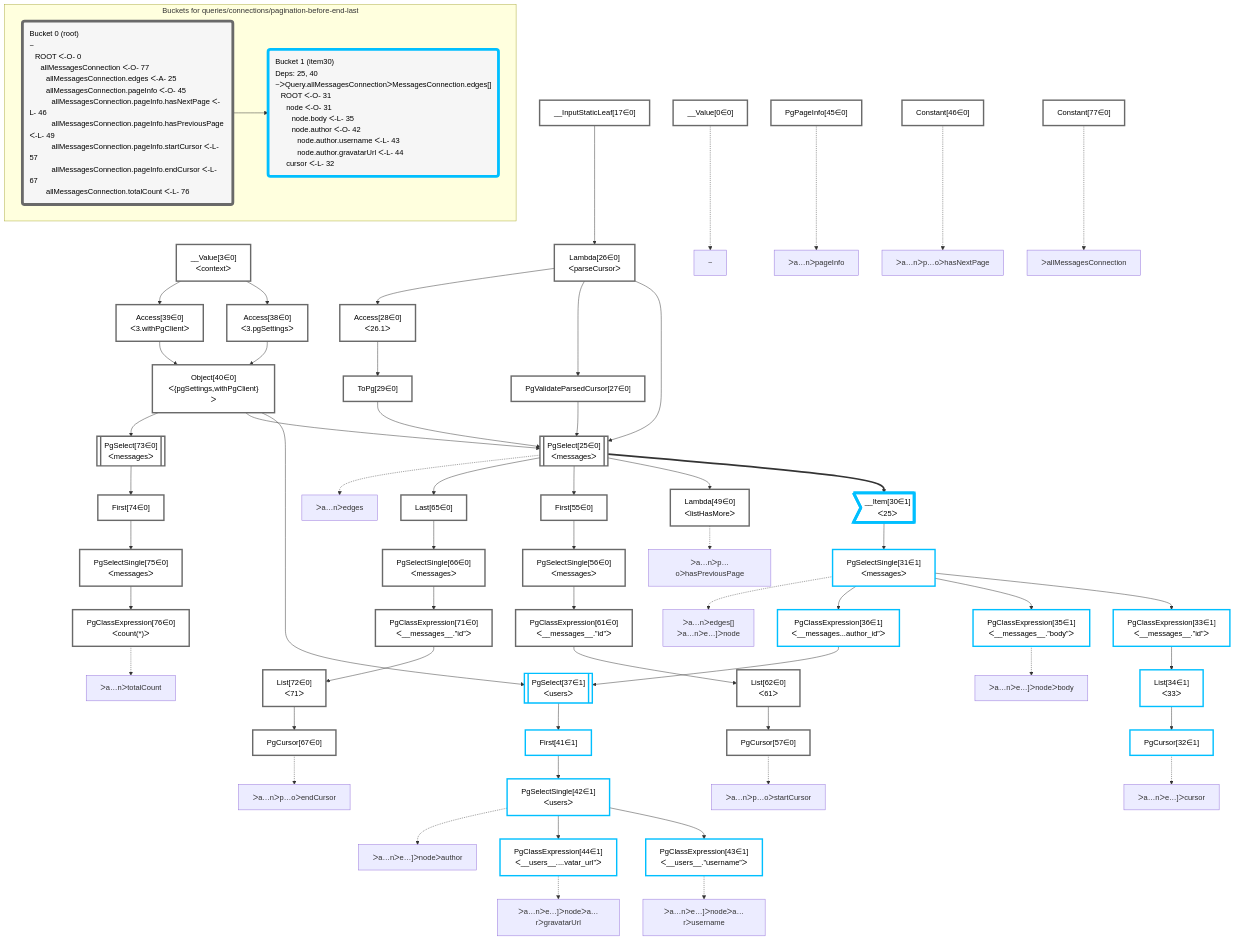
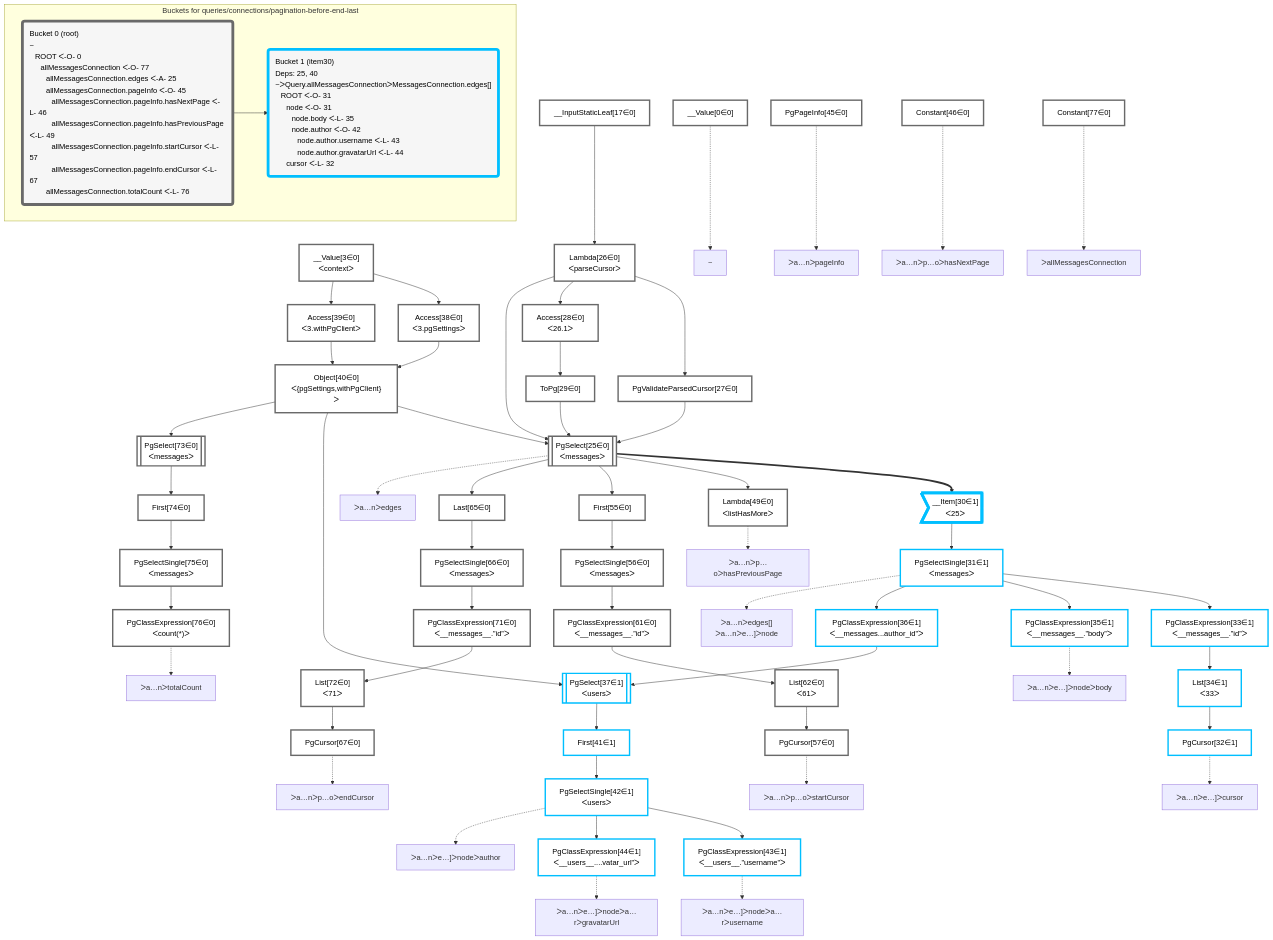
The diagram in packages/dataplan-pg/__tests__/queries/connections/pagination-before-end-last.deopt.mermaid.md (graphile/crystal), drawn with Mermaid before and after one commit. The commit also changed other lines of this file and 195 other files, not shown here.

Commit message:
Reorder graphs

```diff
--- a/packages/dataplan-pg/__tests__/queries/connections/pagination-before-end-last.deopt.mermaid.md
+++ b/packages/dataplan-pg/__tests__/queries/connections/pagination-before-end-last.deopt.mermaid.md
@@ -9,83 +9,83 @@
 
     %% define plans
     __Value0["__Value[0∈0]"]:::plan
+    __Value3["__Value[3∈0]<br />ᐸcontextᐳ"]:::plan
+    __InputStaticLeaf17["__InputStaticLeaf[17∈0]"]:::plan
+    Access38["Access[38∈0]<br />ᐸ3.pgSettingsᐳ"]:::plan
+    Access39["Access[39∈0]<br />ᐸ3.withPgClientᐳ"]:::plan
+    Object40["Object[40∈0]<br />ᐸ{pgSettings,withPgClient}ᐳ"]:::plan
+    Constant77["Constant[77∈0]"]:::plan
+    Lambda26["Lambda[26∈0]<br />ᐸparseCursorᐳ"]:::plan
+    PgValidateParsedCursor27["PgValidateParsedCursor[27∈0]"]:::plan
+    Access28["Access[28∈0]<br />ᐸ26.1ᐳ"]:::plan
+    ToPg29["ToPg[29∈0]"]:::plan
+    PgSelect25[["PgSelect[25∈0]<br />ᐸmessagesᐳ"]]:::plan
+    __Item30>"__Item[30∈1]<br />ᐸ25ᐳ"]:::itemplan
+    PgSelectSingle31["PgSelectSingle[31∈1]<br />ᐸmessagesᐳ"]:::plan
+    PgClassExpression33["PgClassExpression[33∈1]<br />ᐸ__messages__.”id”ᐳ"]:::plan
+    List34["List[34∈1]<br />ᐸ33ᐳ"]:::plan
     PgCursor32["PgCursor[32∈1]"]:::plan
-    List34["List[34∈1]<br />ᐸ33ᐳ"]:::plan
-    PgClassExpression33["PgClassExpression[33∈1]<br />ᐸ__messages__.”id”ᐳ"]:::plan
     PgClassExpression35["PgClassExpression[35∈1]<br />ᐸ__messages__.”body”ᐳ"]:::plan
+    PgClassExpression36["PgClassExpression[36∈1]<br />ᐸ__messages...author_id”ᐳ"]:::plan
+    PgSelect37[["PgSelect[37∈1]<br />ᐸusersᐳ"]]:::plan
+    First41["First[41∈1]"]:::plan
+    PgSelectSingle42["PgSelectSingle[42∈1]<br />ᐸusersᐳ"]:::plan
     PgClassExpression43["PgClassExpression[43∈1]<br />ᐸ__users__.”username”ᐳ"]:::plan
     PgClassExpression44["PgClassExpression[44∈1]<br />ᐸ__users__....vatar_url”ᐳ"]:::plan
-    PgSelectSingle42["PgSelectSingle[42∈1]<br />ᐸusersᐳ"]:::plan
-    First41["First[41∈1]"]:::plan
-    PgSelect37[["PgSelect[37∈1]<br />ᐸusersᐳ"]]:::plan
-    PgClassExpression36["PgClassExpression[36∈1]<br />ᐸ__messages...author_id”ᐳ"]:::plan
-    PgSelectSingle31["PgSelectSingle[31∈1]<br />ᐸmessagesᐳ"]:::plan
-    __Item30>"__Item[30∈1]<br />ᐸ25ᐳ"]:::itemplan
-    Lambda49["Lambda[49∈0]<br />ᐸlistHasMoreᐳ"]:::plan
-    PgCursor57["PgCursor[57∈0]"]:::plan
-    List62["List[62∈0]<br />ᐸ61ᐳ"]:::plan
-    PgClassExpression61["PgClassExpression[61∈0]<br />ᐸ__messages__.”id”ᐳ"]:::plan
-    PgSelectSingle56["PgSelectSingle[56∈0]<br />ᐸmessagesᐳ"]:::plan
-    First55["First[55∈0]"]:::plan
-    PgCursor67["PgCursor[67∈0]"]:::plan
-    List72["List[72∈0]<br />ᐸ71ᐳ"]:::plan
-    PgClassExpression71["PgClassExpression[71∈0]<br />ᐸ__messages__.”id”ᐳ"]:::plan
-    PgSelectSingle66["PgSelectSingle[66∈0]<br />ᐸmessagesᐳ"]:::plan
-    Last65["Last[65∈0]"]:::plan
-    PgSelect25[["PgSelect[25∈0]<br />ᐸmessagesᐳ"]]:::plan
-    PgClassExpression76["PgClassExpression[76∈0]<br />ᐸcount(*)ᐳ"]:::plan
-    PgSelectSingle75["PgSelectSingle[75∈0]<br />ᐸmessagesᐳ"]:::plan
-    First74["First[74∈0]"]:::plan
-    PgSelect73[["PgSelect[73∈0]<br />ᐸmessagesᐳ"]]:::plan
-    Object40["Object[40∈0]<br />ᐸ{pgSettings,withPgClient}ᐳ"]:::plan
-    Access38["Access[38∈0]<br />ᐸ3.pgSettingsᐳ"]:::plan
-    Access39["Access[39∈0]<br />ᐸ3.withPgClientᐳ"]:::plan
-    __Value3["__Value[3∈0]<br />ᐸcontextᐳ"]:::plan
-    PgValidateParsedCursor27["PgValidateParsedCursor[27∈0]"]:::plan
-    ToPg29["ToPg[29∈0]"]:::plan
-    Access28["Access[28∈0]<br />ᐸ26.1ᐳ"]:::plan
-    Lambda26["Lambda[26∈0]<br />ᐸparseCursorᐳ"]:::plan
-    __InputStaticLeaf17["__InputStaticLeaf[17∈0]"]:::plan
-    Constant77["Constant[77∈0]"]:::plan
     PgPageInfo45["PgPageInfo[45∈0]"]:::plan
     Constant46["Constant[46∈0]"]:::plan
+    Lambda49["Lambda[49∈0]<br />ᐸlistHasMoreᐳ"]:::plan
+    First55["First[55∈0]"]:::plan
+    PgSelectSingle56["PgSelectSingle[56∈0]<br />ᐸmessagesᐳ"]:::plan
+    PgClassExpression61["PgClassExpression[61∈0]<br />ᐸ__messages__.”id”ᐳ"]:::plan
+    List62["List[62∈0]<br />ᐸ61ᐳ"]:::plan
+    PgCursor57["PgCursor[57∈0]"]:::plan
+    Last65["Last[65∈0]"]:::plan
+    PgSelectSingle66["PgSelectSingle[66∈0]<br />ᐸmessagesᐳ"]:::plan
+    PgClassExpression71["PgClassExpression[71∈0]<br />ᐸ__messages__.”id”ᐳ"]:::plan
+    List72["List[72∈0]<br />ᐸ71ᐳ"]:::plan
+    PgCursor67["PgCursor[67∈0]"]:::plan
+    PgSelect73[["PgSelect[73∈0]<br />ᐸmessagesᐳ"]]:::plan
+    First74["First[74∈0]"]:::plan
+    PgSelectSingle75["PgSelectSingle[75∈0]<br />ᐸmessagesᐳ"]:::plan
+    PgClassExpression76["PgClassExpression[76∈0]<br />ᐸcount(*)ᐳ"]:::plan
 
     %% plan dependencies
+    __Value3 --> Access38
+    __Value3 --> Access39
+    Access38 & Access39 --> Object40
+    __InputStaticLeaf17 --> Lambda26
+    Lambda26 --> PgValidateParsedCursor27
+    Lambda26 --> Access28
+    Access28 --> ToPg29
+    Object40 & Lambda26 & PgValidateParsedCursor27 & ToPg29 --> PgSelect25
+    PgSelect25 ==> __Item30
+    __Item30 --> PgSelectSingle31
+    PgSelectSingle31 --> PgClassExpression33
+    PgClassExpression33 --> List34
     List34 --> PgCursor32
-    PgClassExpression33 --> List34
-    PgSelectSingle31 --> PgClassExpression33
     PgSelectSingle31 --> PgClassExpression35
+    PgSelectSingle31 --> PgClassExpression36
+    Object40 & PgClassExpression36 --> PgSelect37
+    PgSelect37 --> First41
+    First41 --> PgSelectSingle42
     PgSelectSingle42 --> PgClassExpression43
     PgSelectSingle42 --> PgClassExpression44
-    First41 --> PgSelectSingle42
-    PgSelect37 --> First41
-    Object40 & PgClassExpression36 --> PgSelect37
-    PgSelectSingle31 --> PgClassExpression36
-    __Item30 --> PgSelectSingle31
-    PgSelect25 ==> __Item30
     PgSelect25 --> Lambda49
+    PgSelect25 --> First55
+    First55 --> PgSelectSingle56
+    PgSelectSingle56 --> PgClassExpression61
+    PgClassExpression61 --> List62
     List62 --> PgCursor57
-    PgClassExpression61 --> List62
-    PgSelectSingle56 --> PgClassExpression61
-    First55 --> PgSelectSingle56
-    PgSelect25 --> First55
+    PgSelect25 --> Last65
+    Last65 --> PgSelectSingle66
+    PgSelectSingle66 --> PgClassExpression71
+    PgClassExpression71 --> List72
     List72 --> PgCursor67
-    PgClassExpression71 --> List72
-    PgSelectSingle66 --> PgClassExpression71
-    Last65 --> PgSelectSingle66
-    PgSelect25 --> Last65
-    Object40 & Lambda26 & PgValidateParsedCursor27 & ToPg29 --> PgSelect25
+    Object40 --> PgSelect73
+    PgSelect73 --> First74
+    First74 --> PgSelectSingle75
     PgSelectSingle75 --> PgClassExpression76
-    First74 --> PgSelectSingle75
-    PgSelect73 --> First74
-    Object40 --> PgSelect73
-    Access38 & Access39 --> Object40
-    __Value3 --> Access38
-    __Value3 --> Access39
-    Lambda26 --> PgValidateParsedCursor27
-    Access28 --> ToPg29
-    Lambda26 --> Access28
-    __InputStaticLeaf17 --> Lambda26
 
     %% plan-to-path relationships
     P0["~"]
```
